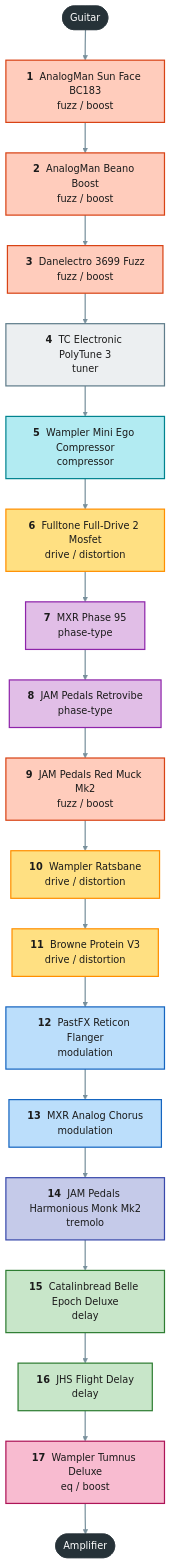
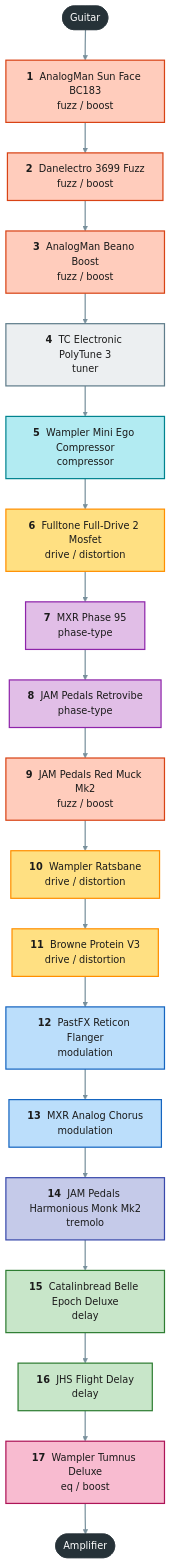
One commit to pedroacvieira/pedalboard changed the diagram in projects/guitar-gig/signal-chain.mmd. Above: the diagram before and after it, drawn with Mermaid. The commit also changed 5 other files, not shown here.

First line of the commit message:
Move the Danelectro 3699 ahead of the Beano

```diff
--- a/projects/guitar-gig/signal-chain.mmd
+++ b/projects/guitar-gig/signal-chain.mmd
@@ -1,32 +1,32 @@
 flowchart TB
     guitar(["Guitar"]):::endpoint
     sun_face["<b>1</b> &nbsp;AnalogMan Sun Face BC183<br/>fuzz / boost"]:::c_fuzz___boost
-    beano["<b>2</b> &nbsp;AnalogMan Beano Boost<br/>fuzz / boost"]:::c_fuzz___boost
-    danelectro_3699["<b>3</b> &nbsp;Danelectro 3699 Fuzz<br/>fuzz / boost"]:::c_fuzz___boost
+    danelectro_3699["<b>2</b> &nbsp;Danelectro 3699 Fuzz<br/>fuzz / boost"]:::c_fuzz___boost
+    beano["<b>3</b> &nbsp;AnalogMan Beano Boost<br/>fuzz / boost"]:::c_fuzz___boost
     polytune_3["<b>4</b> &nbsp;TC Electronic PolyTune 3<br/>tuner"]:::c_tuner
     mini_ego["<b>5</b> &nbsp;Wampler Mini Ego Compressor<br/>compressor"]:::c_compressor
     fulldrive_2["<b>6</b> &nbsp;Fulltone Full-Drive 2 Mosfet<br/>drive / distortion"]:::c_drive___distortion
     phase_95["<b>7</b> &nbsp;MXR Phase 95<br/>phase-type"]:::c_phase_type
     retrovibe["<b>8</b> &nbsp;JAM Pedals Retrovibe<br/>phase-type"]:::c_phase_type
     red_muck["<b>9</b> &nbsp;JAM Pedals Red Muck Mk2<br/>fuzz / boost"]:::c_fuzz___boost
     ratsbane["<b>10</b> &nbsp;Wampler Ratsbane<br/>drive / distortion"]:::c_drive___distortion
     protein["<b>11</b> &nbsp;Browne Protein V3<br/>drive / distortion"]:::c_drive___distortion
     reticon["<b>12</b> &nbsp;PastFX Reticon Flanger<br/>modulation"]:::c_modulation
     analog_chorus["<b>13</b> &nbsp;MXR Analog Chorus<br/>modulation"]:::c_modulation
     monk["<b>14</b> &nbsp;JAM Pedals Harmonious Monk Mk2<br/>tremolo"]:::c_tremolo
     belle_epoch["<b>15</b> &nbsp;Catalinbread Belle Epoch Deluxe<br/>delay"]:::c_delay
     flight_delay["<b>16</b> &nbsp;JHS Flight Delay<br/>delay"]:::c_delay
     tumnus_deluxe["<b>17</b> &nbsp;Wampler Tumnus Deluxe<br/>eq / boost"]:::c_eq___boost
     amp(["Amplifier"]):::endpoint
-    guitar --> sun_face --> beano --> danelectro_3699 --> polytune_3 --> mini_ego --> fulldrive_2 --> phase_95 --> retrovibe --> red_muck --> ratsbane --> protein --> reticon --> analog_chorus --> monk --> belle_epoch --> flight_delay --> tumnus_deluxe --> amp
+    guitar --> sun_face --> danelectro_3699 --> beano --> polytune_3 --> mini_ego --> fulldrive_2 --> phase_95 --> retrovibe --> red_muck --> ratsbane --> protein --> reticon --> analog_chorus --> monk --> belle_epoch --> flight_delay --> tumnus_deluxe --> amp
     classDef endpoint fill:#263238,stroke:#263238,color:#ffffff
     classDef c_tuner fill:#eceff1,stroke:#607d8b,stroke-width:2px,color:#1b1b1b
     classDef c_compressor fill:#b2ebf2,stroke:#00838f,stroke-width:2px,color:#1b1b1b
     classDef c_fuzz___boost fill:#ffccbc,stroke:#d84315,stroke-width:2px,color:#1b1b1b
     classDef c_drive___distortion fill:#ffe082,stroke:#ff8f00,stroke-width:2px,color:#1b1b1b
     classDef c_phase_type fill:#e1bee7,stroke:#8e24aa,stroke-width:2px,color:#1b1b1b
     classDef c_modulation fill:#bbdefb,stroke:#1565c0,stroke-width:2px,color:#1b1b1b
     classDef c_tremolo fill:#c5cae9,stroke:#3949ab,stroke-width:2px,color:#1b1b1b
     classDef c_delay fill:#c8e6c9,stroke:#2e7d32,stroke-width:2px,color:#1b1b1b
     classDef c_eq___boost fill:#f8bbd0,stroke:#ad1457,stroke-width:2px,color:#1b1b1b
     linkStyle default stroke:#78909c,stroke-width:2px
```
